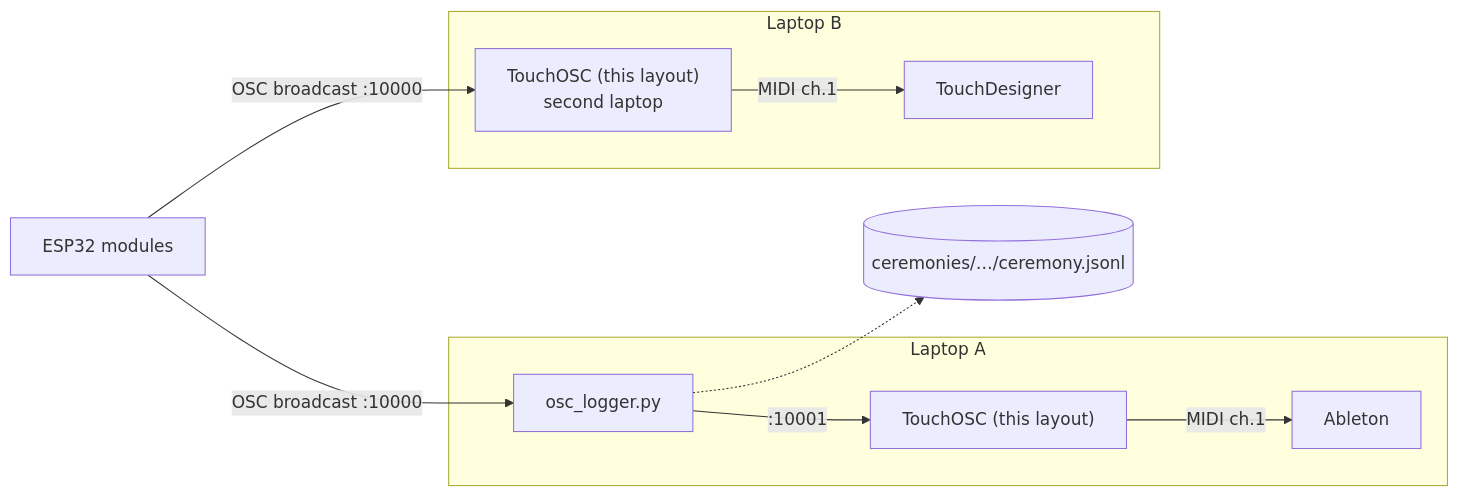
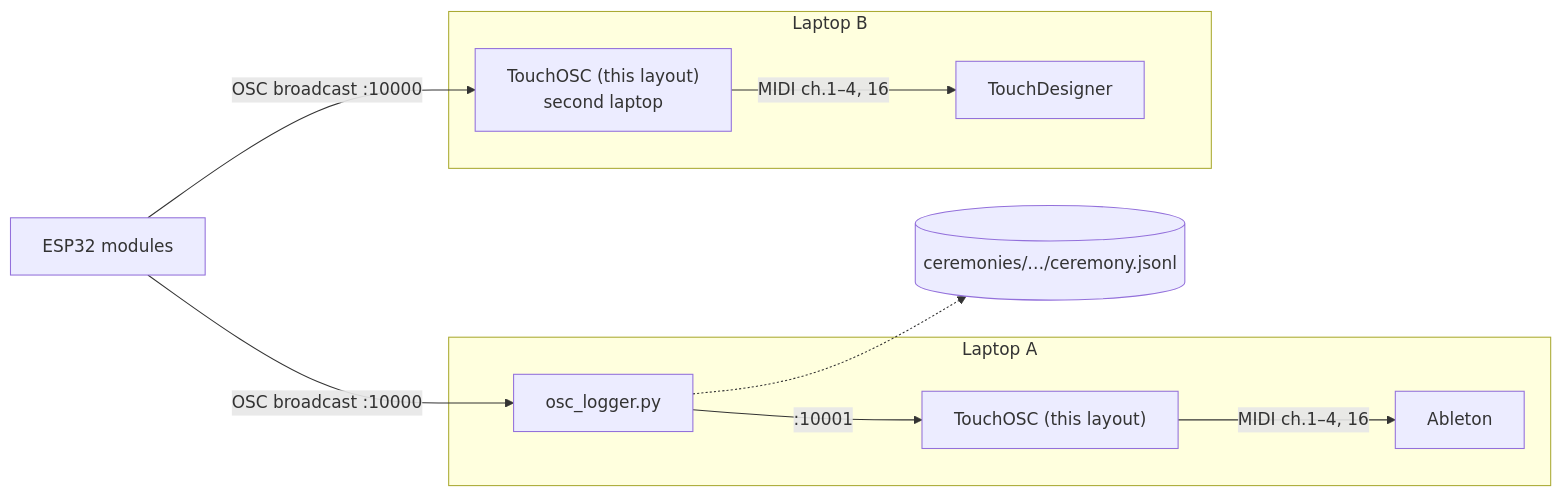
The diagram in README.md (alilia/seventhbowl-touchosc), drawn with Mermaid before and after one commit. The commit also changed other lines of this file and 4 other files, not shown here.

````diff
--- a/README.md
+++ b/README.md
@@ -7,18 +7,18 @@
 ```mermaid
 flowchart LR
   esp["ESP32 modules"] -- "OSC broadcast :10000" --> log["osc_logger.py"]
   esp -- "OSC broadcast :10000" --> tosc2["TouchOSC (this layout)<br/>second laptop"]
   log -- ":10001" --> tosc1["TouchOSC (this layout)"]
   log -.-> file[("ceremonies/…/ceremony.jsonl")]
-  tosc1 -- "MIDI ch.1" --> abl["Ableton"]
-  tosc2 -- "MIDI ch.1" --> td["TouchDesigner"]
+  tosc1 -- "MIDI ch.1–4, 16" --> abl["Ableton"]
+  tosc2 -- "MIDI ch.1–4, 16" --> td["TouchDesigner"]
   subgraph A ["Laptop A"]
     log
     tosc1
     abl
   end
   subgraph B ["Laptop B"]
     tosc2
     td
   end
 ```
````
